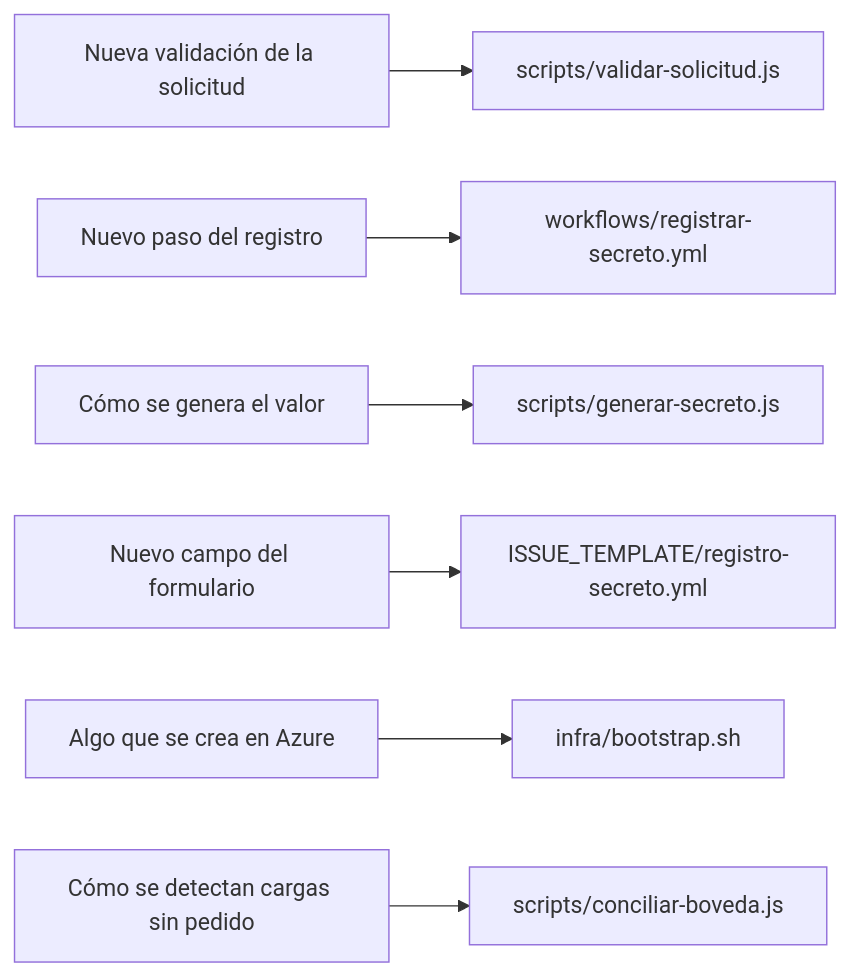
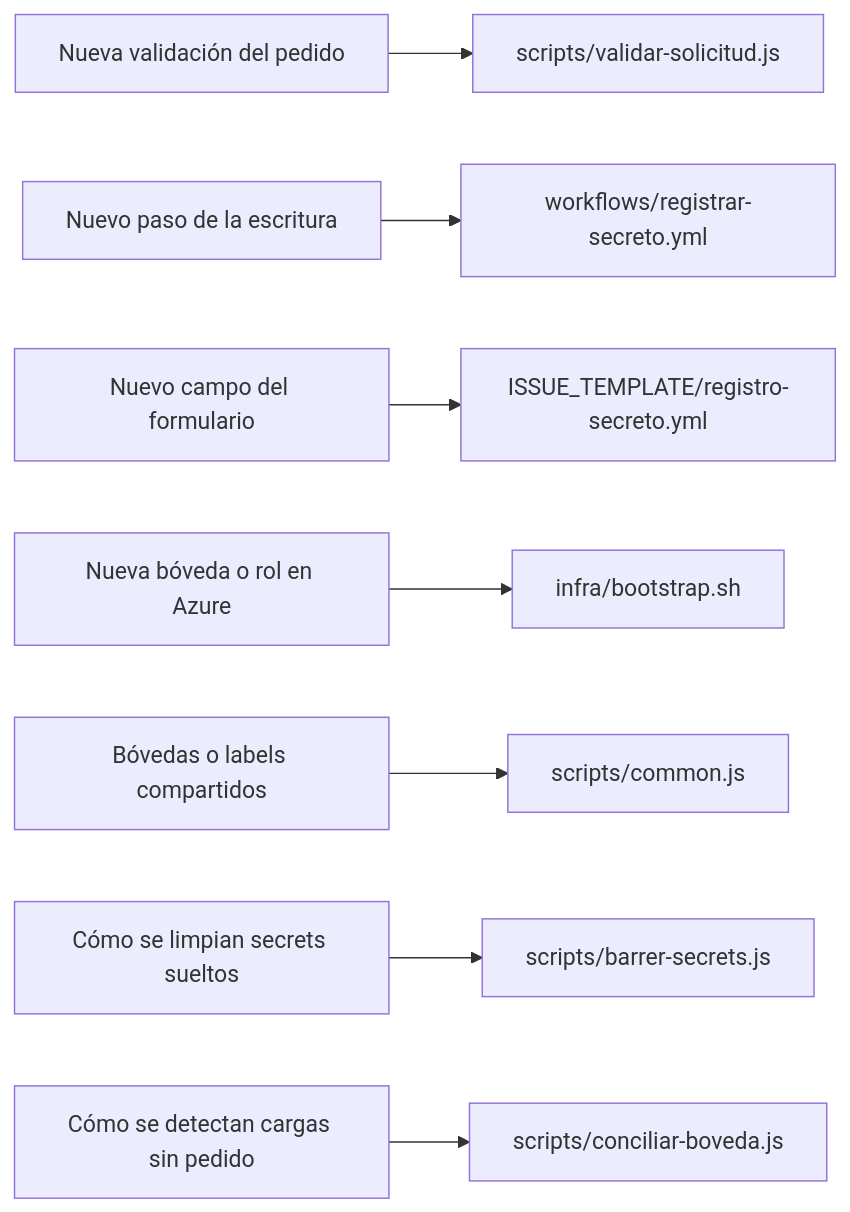
Before and after one commit to Ox19/poc-registry-secret-automation: the diagram in CONTRIBUTING.md, drawn with Mermaid. The commit also changed other lines of this file and 2 other files, not shown here.

First line of the commit message:
Poner README, ARCHITECTURE y CONTRIBUTING al dia con el flujo redefinido y multi-KV

````diff
--- a/CONTRIBUTING.md
+++ b/CONTRIBUTING.md
@@ -37,9 +45,10 @@
 ```mermaid
 flowchart LR
-    A[Nueva validación de la solicitud] --> V["scripts/validar-solicitud.js"]
-    B[Nuevo paso del registro] --> R["workflows/registrar-secreto.yml"]
-    C[Cómo se genera el valor] --> G["scripts/generar-secreto.js"]
-    D[Nuevo campo del formulario] --> I["ISSUE_TEMPLATE/registro-secreto.yml"]
-    E[Algo que se crea en Azure] --> B2["infra/bootstrap.sh"]
-    F[Cómo se detectan cargas sin pedido] --> C2["scripts/conciliar-boveda.js"]
+    A[Nueva validación del pedido] --> V["scripts/validar-solicitud.js"]
+    B[Nuevo paso de la escritura] --> R["workflows/registrar-secreto.yml"]
+    C[Nuevo campo del formulario] --> I["ISSUE_TEMPLATE/registro-secreto.yml"]
+    D[Nueva bóveda o rol en Azure] --> BS["infra/bootstrap.sh"]
+    E[Bóvedas o labels compartidos] --> CM["scripts/common.js"]
+    F[Cómo se limpian secrets sueltos] --> SW["scripts/barrer-secrets.js"]
+    G[Cómo se detectan cargas sin pedido] --> CB["scripts/conciliar-boveda.js"]
 ```
````
